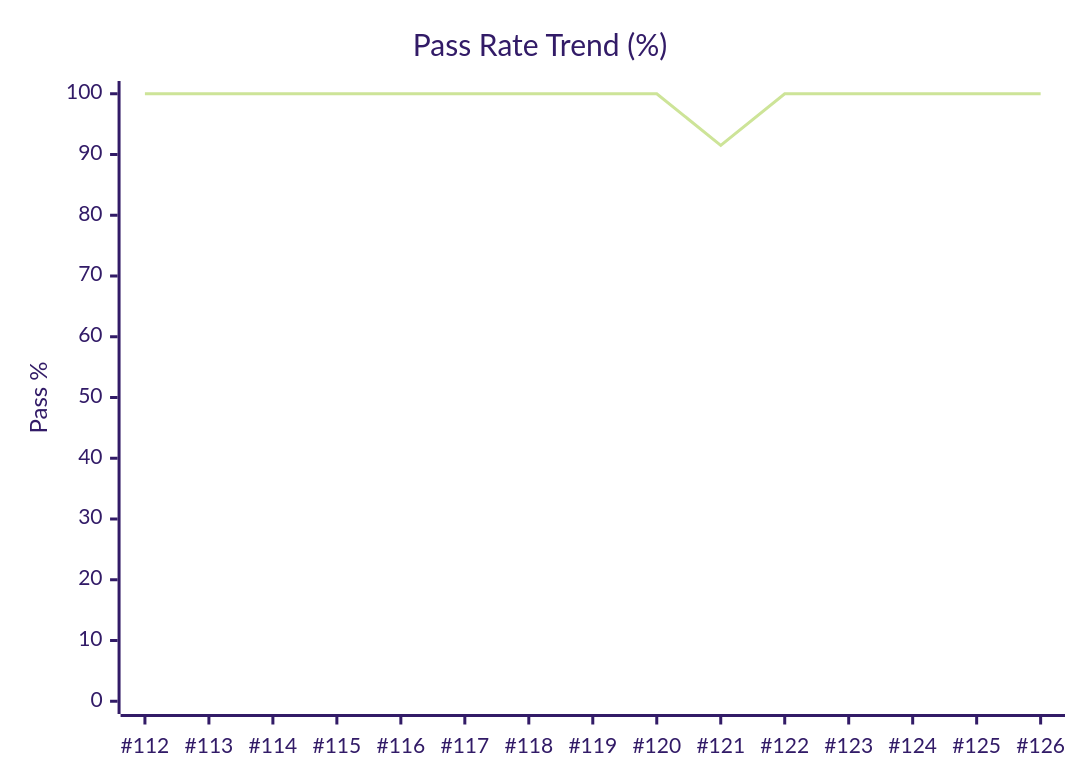
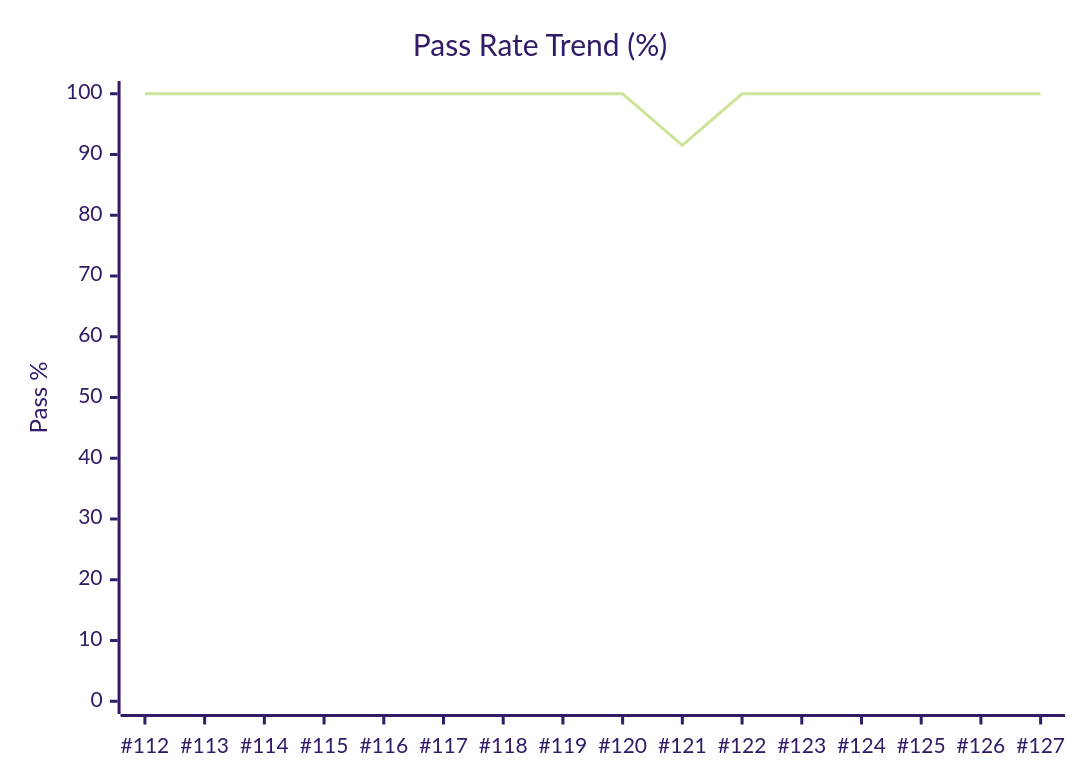
The diagram in dashboards/qa-metrics.md (karimarie67/QA-boost), drawn with Mermaid (forest theme) before and after one commit. The commit also changed other lines of this file and 2 other files, not shown here.

````diff
--- a/dashboards/qa-metrics.md
+++ b/dashboards/qa-metrics.md
@@ -37,7 +37,7 @@
 ```mermaid
 xychart-beta
     title "Pass Rate Trend (%)"
-    x-axis [#112, #113, #114, #115, #116, #117, #118, #119, #120, #121, #122, #123, #124, #125, #126]
+    x-axis [#112, #113, #114, #115, #116, #117, #118, #119, #120, #121, #122, #123, #124, #125, #126, #127]
     y-axis "Pass %" 0 --> 100
-    line [100.0, 100.0, 100.0, 100.0, 100.0, 100.0, 100.0, 100.0, 100.0, 91.5, 100.0, 100.0, 100.0, 100.0, 100.0]
+    line [100.0, 100.0, 100.0, 100.0, 100.0, 100.0, 100.0, 100.0, 100.0, 91.5, 100.0, 100.0, 100.0, 100.0, 100.0, 100.0]
 ```
````
